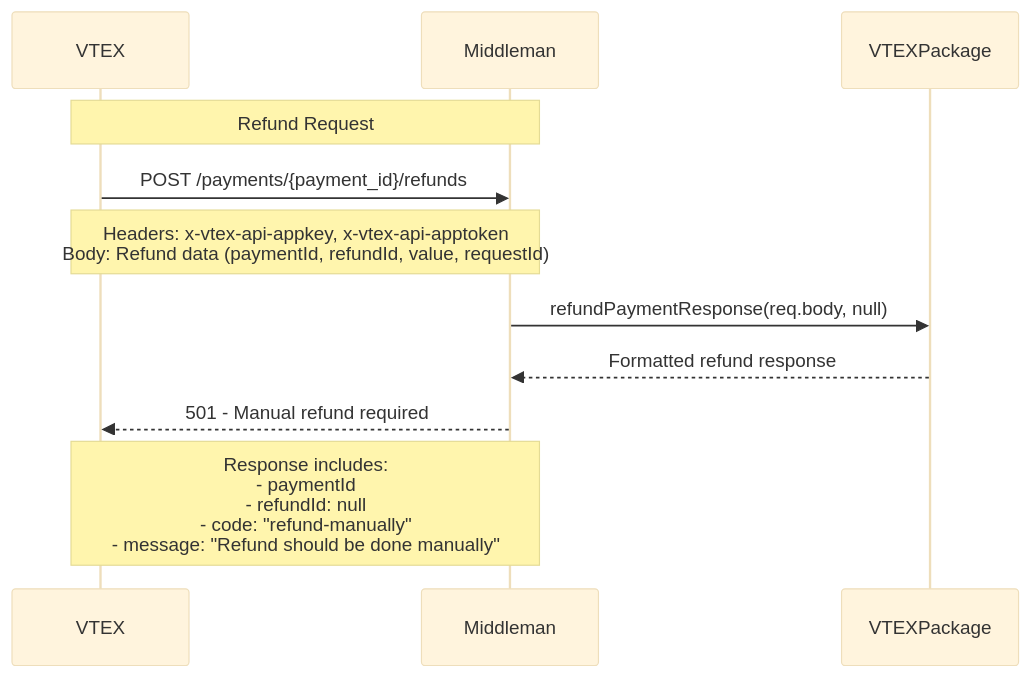
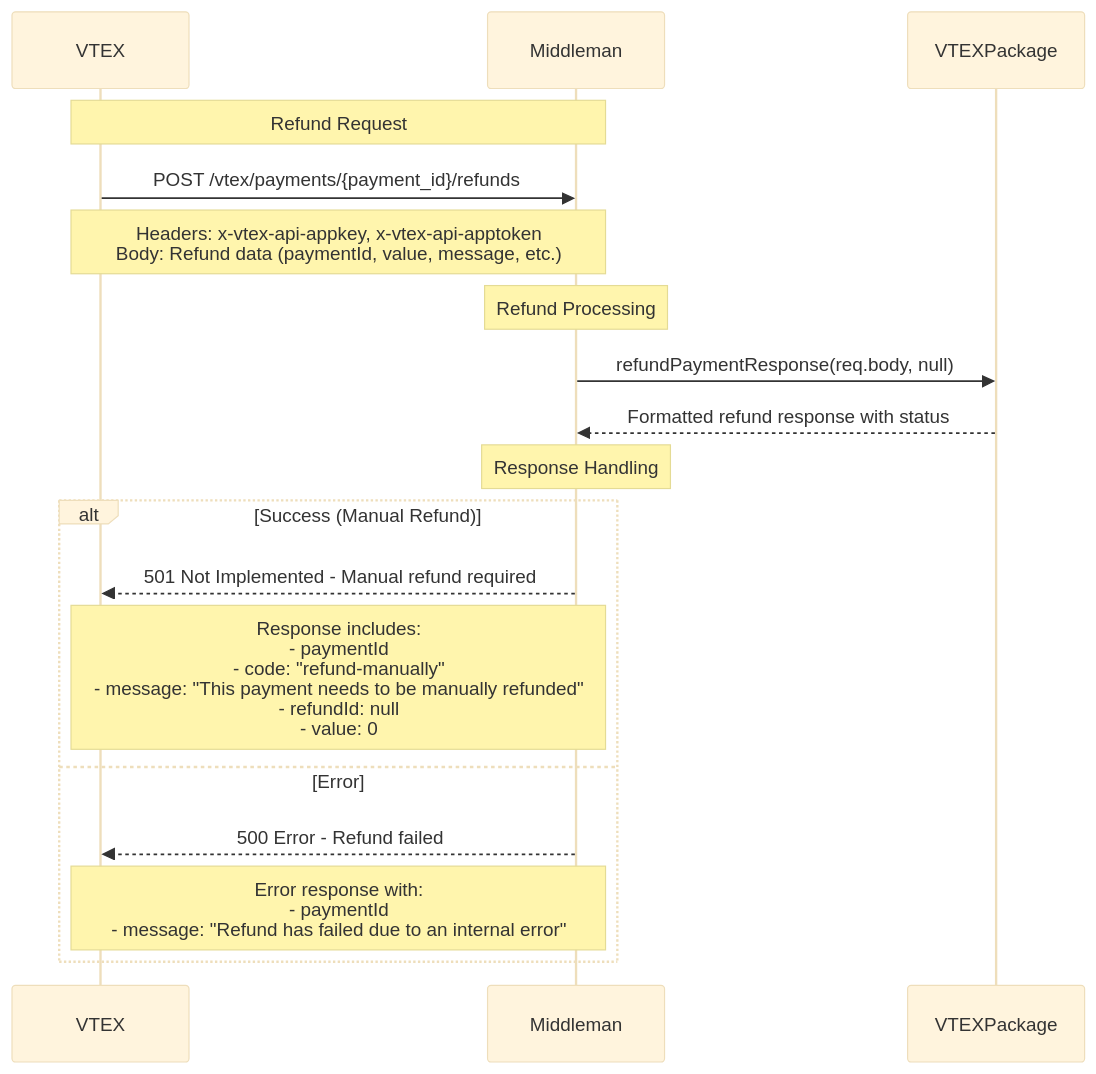
The fourth of 4 diagrams in README.md (joa2pac/text-assistant-gpt), drawn with Mermaid (base theme) before and after one commit. The commit also changed other lines of this file, not shown here.

````diff
--- a/README.md
+++ b/README.md
@@ -308,16 +344,23 @@
 ```mermaid
 sequenceDiagram
-  participant VTEX
-  participant Middleman
-  participant VTEXPackage
+    participant VTEX
+    participant Middleman
+    participant VTEXPackage
 
-  note over VTEX,Middleman: Refund Request
-  VTEX->>Middleman: POST /payments/{payment_id}/refunds
-  Note over VTEX,Middleman: Headers: x-vtex-api-appkey, x-vtex-api-apptoken<br/>Body: Refund data (paymentId, refundId, value, requestId)
+    note over VTEX,Middleman: Refund Request
+    VTEX->>Middleman: POST /vtex/payments/{payment_id}/refunds
+    Note over VTEX,Middleman: Headers: x-vtex-api-appkey, x-vtex-api-apptoken<br/>Body: Refund data (paymentId, value, message, etc.)
 
-  Middleman->>VTEXPackage: refundPaymentResponse(req.body, null)
-  VTEXPackage-->>Middleman: Formatted refund response
+    note over Middleman: Refund Processing
+    Middleman->>VTEXPackage: refundPaymentResponse(req.body, null)
+    VTEXPackage-->>Middleman: Formatted refund response with status
 
-  Middleman-->>VTEX: 501 - Manual refund required
-  Note over Middleman,VTEX: Response includes:<br/>- paymentId<br/>- refundId: null<br/>- code: "refund-manually"<br/>- message: "Refund should be done manually"
+    note over Middleman: Response Handling
+    alt Success (Manual Refund)
+        Middleman-->>VTEX: 501 Not Implemented - Manual refund required
+        Note over Middleman,VTEX: Response includes:<br/>- paymentId<br/>- code: "refund-manually"<br/>- message: "This payment needs to be manually refunded"<br/>- refundId: null<br/>- value: 0
+    else Error
+        Middleman-->>VTEX: 500 Error - Refund failed
+        Note over Middleman,VTEX: Error response with:<br/>- paymentId<br/>- message: "Refund has failed due to an internal error"
+    end
 ```
````
